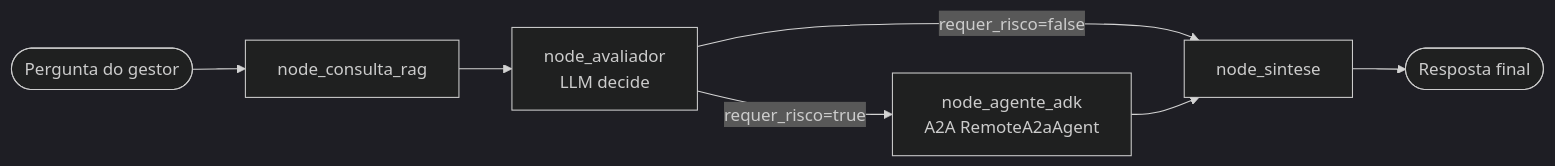
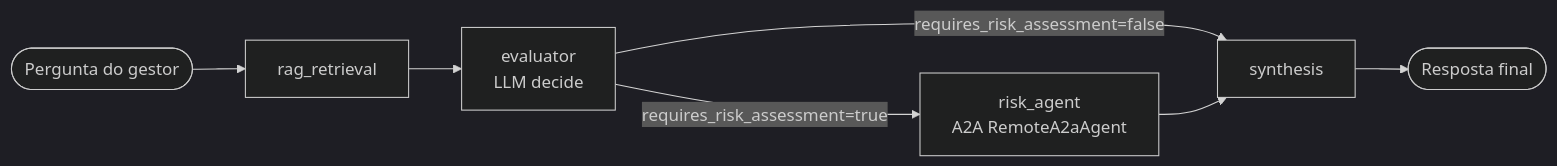
Before and after one commit to Hcode-AI-Team/agente-6-langgraph-adk: the diagram in README.md, drawn with Mermaid (dark theme). The commit also changed other lines of this file and 23 other files, not shown here.

````diff
--- a/README.md
+++ b/README.md
@@ -15,9 +29,9 @@
 ```mermaid
 flowchart LR
-    Start([Pergunta do gestor]) --> RAG[node_consulta_rag]
-    RAG --> Avaliador[node_avaliador<br/>LLM decide]
-    Avaliador -->|requer_risco=true| ADK[node_agente_adk<br/>A2A RemoteA2aAgent]
-    Avaliador -->|requer_risco=false| Sintese[node_sintese]
+    Start([Pergunta do gestor]) --> RAG[rag_retrieval]
+    RAG --> Avaliador[evaluator<br/>LLM decide]
+    Avaliador -->|requires_risk_assessment=true| ADK[risk_agent<br/>A2A RemoteA2aAgent]
+    Avaliador -->|requires_risk_assessment=false| Sintese[synthesis]
     ADK --> Sintese
     Sintese --> End([Resposta final])
 ```
````
